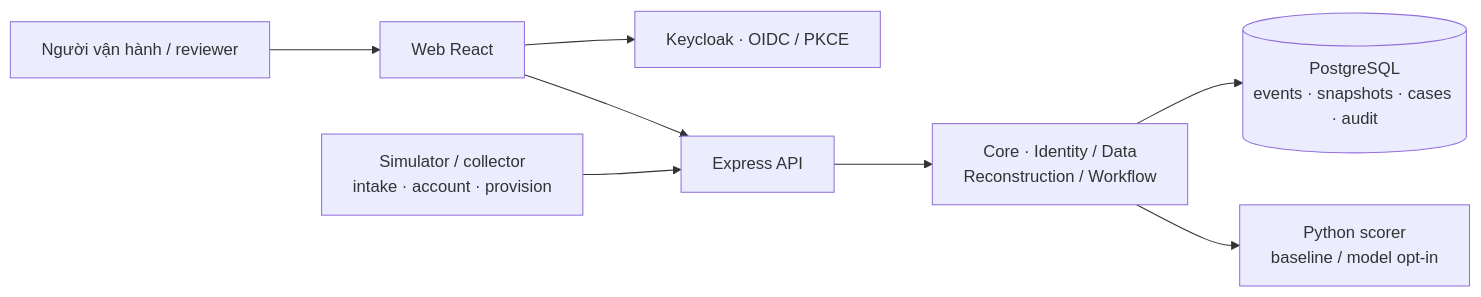
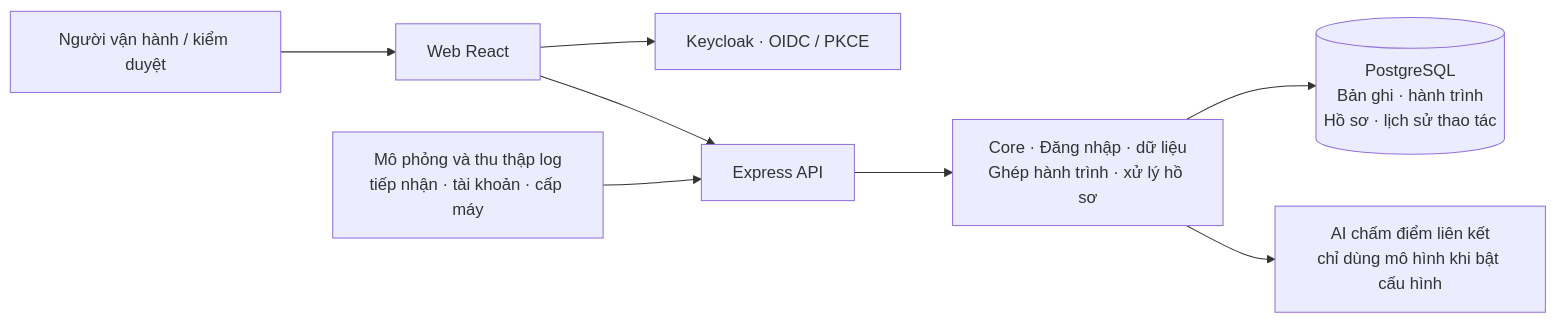
The diagram in README.md (HaUI-HIT-Tam-Thai-T/TraceWeaver), drawn with Mermaid before and after one commit. The commit also changed other lines of this file and 1 other file, not shown here.

````diff
--- a/README.md
+++ b/README.md
@@ -75,10 +69,10 @@
 ```mermaid
 flowchart LR
-  U["Người vận hành / reviewer"] --> FE["Web React"]
+  U["Người vận hành / kiểm duyệt"] --> FE["Web React"]
   FE --> SSO["Keycloak · OIDC / PKCE"]
   FE --> API["Express API"]
-  SIM["Simulator / collector<br/>intake · account · provision"] --> API
-  API --> CORE["Core · Identity / Data<br/>Reconstruction / Workflow"]
-  CORE --> DB[("PostgreSQL<br/>events · snapshots · cases · audit")]
-  CORE --> AI["Python scorer<br/>baseline / model opt-in"]
+  SIM["Mô phỏng và thu thập log<br/>tiếp nhận · tài khoản · cấp máy"] --> API
+  API --> CORE["Core · Đăng nhập · dữ liệu<br/>Ghép hành trình · xử lý hồ sơ"]
+  CORE --> DB[("PostgreSQL<br/>Bản ghi · hành trình<br/>Hồ sơ · lịch sử thao tác")]
+  CORE --> AI["AI chấm điểm liên kết<br/>chỉ dùng mô hình khi bật cấu hình"]
 ```
````
